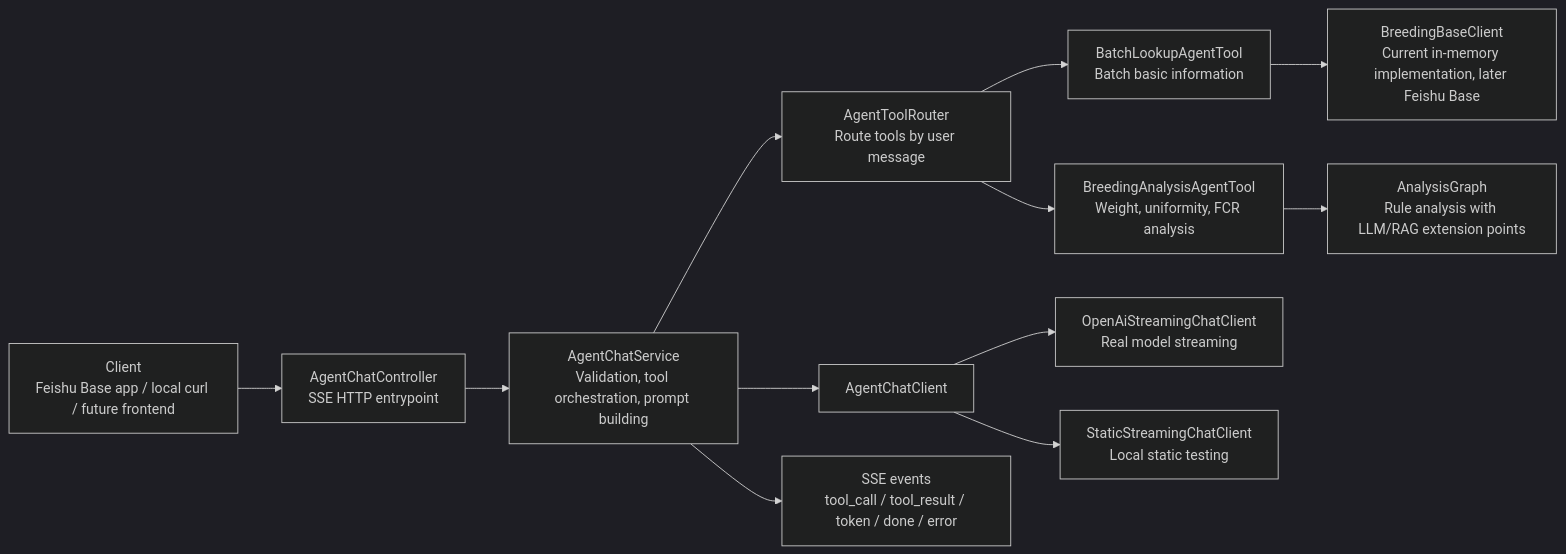
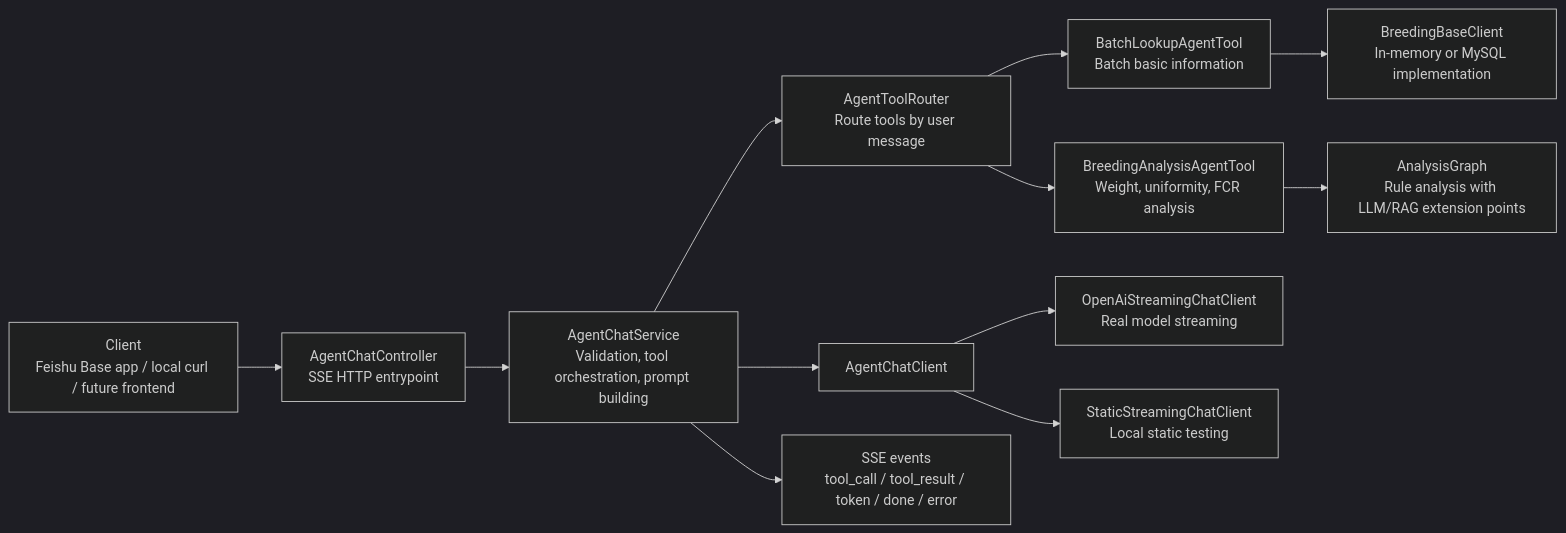
Before and after one commit to sunkaichun/breeding-manange: the second of 3 diagrams in README.md, drawn with Mermaid (dark theme). The commit also changed other lines of this file and 13 other files, not shown here.

````diff
--- a/README.md
+++ b/README.md
@@ -127,14 +140,14 @@
 ```mermaid
 flowchart LR
     A["Client<br/>Feishu Base app / local curl / future frontend"] --> B["AgentChatController<br/>SSE HTTP entrypoint"]
     B --> C["AgentChatService<br/>Validation, tool orchestration, prompt building"]
     C --> D["AgentToolRouter<br/>Route tools by user message"]
     D --> E1["BatchLookupAgentTool<br/>Batch basic information"]
     D --> E2["BreedingAnalysisAgentTool<br/>Weight, uniformity, FCR analysis"]
-    E1 --> F1["BreedingBaseClient<br/>Current in-memory implementation, later Feishu Base"]
+    E1 --> F1["BreedingBaseClient<br/>In-memory or MySQL implementation"]
     E2 --> F2["AnalysisGraph<br/>Rule analysis with LLM/RAG extension points"]
     C --> G["AgentChatClient"]
     G --> G1["OpenAiStreamingChatClient<br/>Real model streaming"]
     G --> G2["StaticStreamingChatClient<br/>Local static testing"]
     C --> H["SSE events<br/>tool_call / tool_result / token / done / error"]
 ```
````
